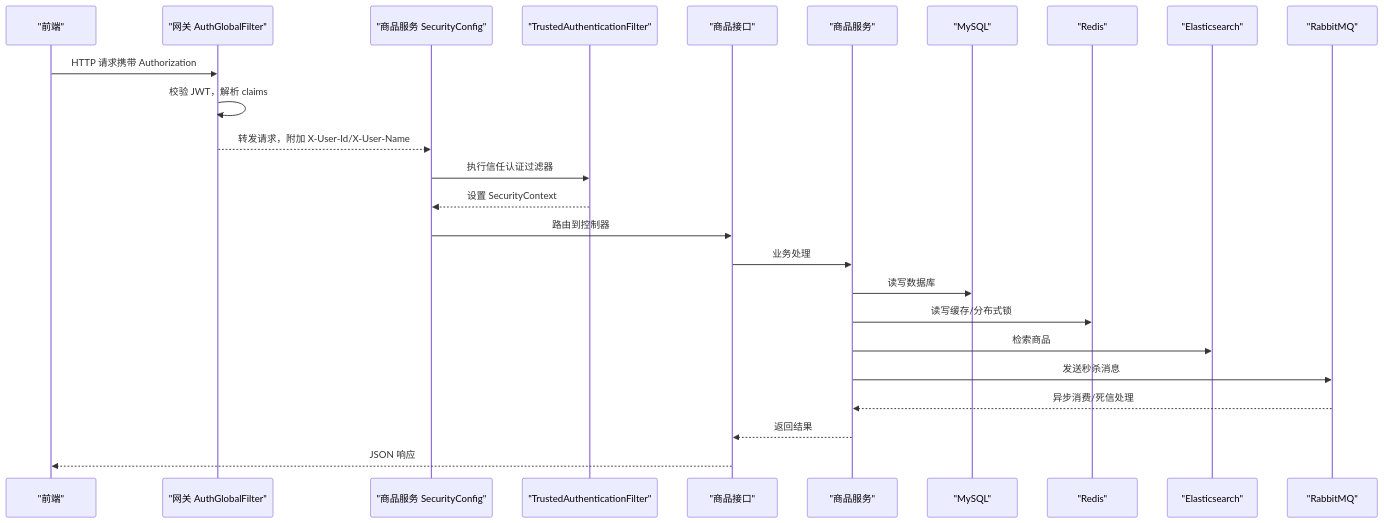
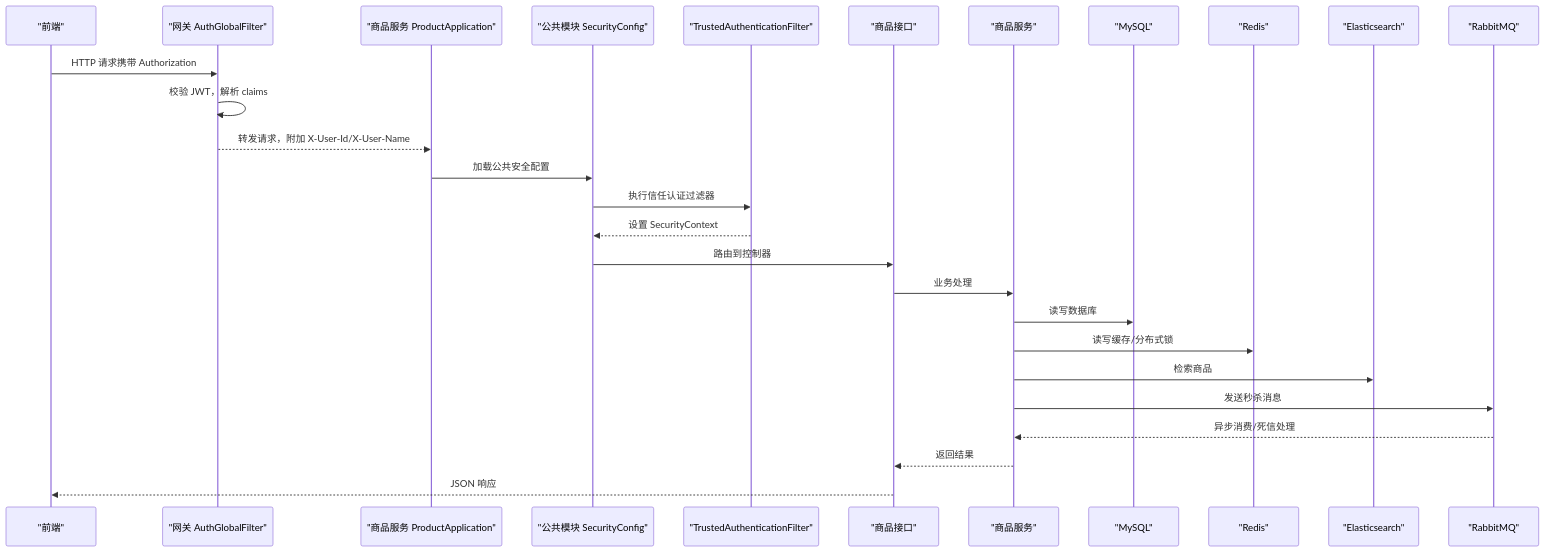
The second of 9 diagrams in .qoder/repowiki/zh/content/后端架构设计/商品服务/商品服务架构设计.md (haohailiang/qoder-fullstack), drawn with Mermaid before and after one commit. The commit also changed other lines of this file and 36 other files, not shown here.

````diff
--- a/.qoder/repowiki/zh/content/后端架构设计/商品服务/商品服务架构设计.md
+++ b/.qoder/repowiki/zh/content/后端架构设计/商品服务/商品服务架构设计.md
@@ -102,27 +105,29 @@
 ```mermaid
 sequenceDiagram
 participant Client as "前端"
 participant Gateway as "网关 AuthGlobalFilter"
-participant Product as "商品服务 SecurityConfig"
+participant Product as "商品服务 ProductApplication"
+participant Common as "公共模块 SecurityConfig"
 participant Filter as "TrustedAuthenticationFilter"
 participant Controller as "商品接口"
 participant Service as "商品服务"
 participant DB as "MySQL"
 participant Cache as "Redis"
 participant ES as "Elasticsearch"
 participant MQ as "RabbitMQ"
 Client->>Gateway : HTTP 请求携带 Authorization
 Gateway->>Gateway : 校验 JWT，解析 claims
 Gateway-->>Product : 转发请求，附加 X-User-Id/X-User-Name
-Product->>Filter : 执行信任认证过滤器
-Filter-->>Product : 设置 SecurityContext
-Product->>Controller : 路由到控制器
+Product->>Common : 加载公共安全配置
+Common->>Filter : 执行信任认证过滤器
+Filter-->>Common : 设置 SecurityContext
+Common->>Controller : 路由到控制器
 Controller->>Service : 业务处理
 Service->>DB : 读写数据库
 Service->>Cache : 读写缓存/分布式锁
 Service->>ES : 检索商品
 Service->>MQ : 发送秒杀消息
 MQ-->>Service : 异步消费/死信处理
 Service-->>Controller : 返回结果
 Controller-->>Client : JSON 响应
 ```
````
